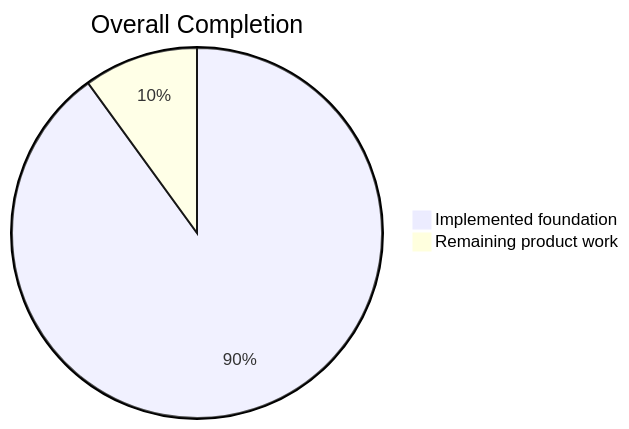
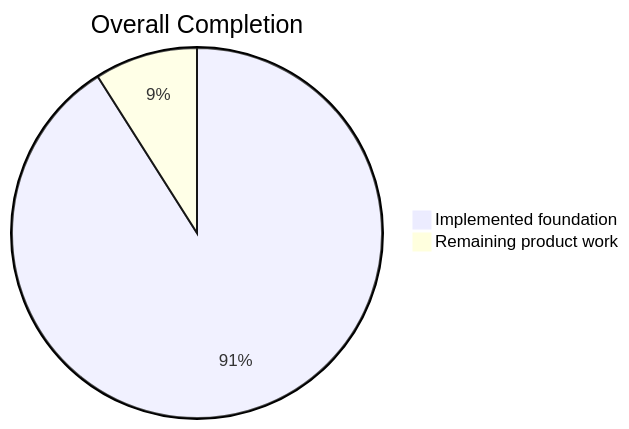
One commit to lingmulongtai/GlyphRay changed the first of 5 diagrams in README.md. Above: the diagram before and after it, drawn with Mermaid. The commit also changed other lines of this file and 10 other files, not shown here.

````diff
--- a/README.md
+++ b/README.md
@@ -15,5 +15,5 @@
 ```mermaid
 pie title Overall Completion
-  "Implemented foundation" : 90
-  "Remaining product work" : 10
+  "Implemented foundation" : 91
+  "Remaining product work" : 9
 ```
````
